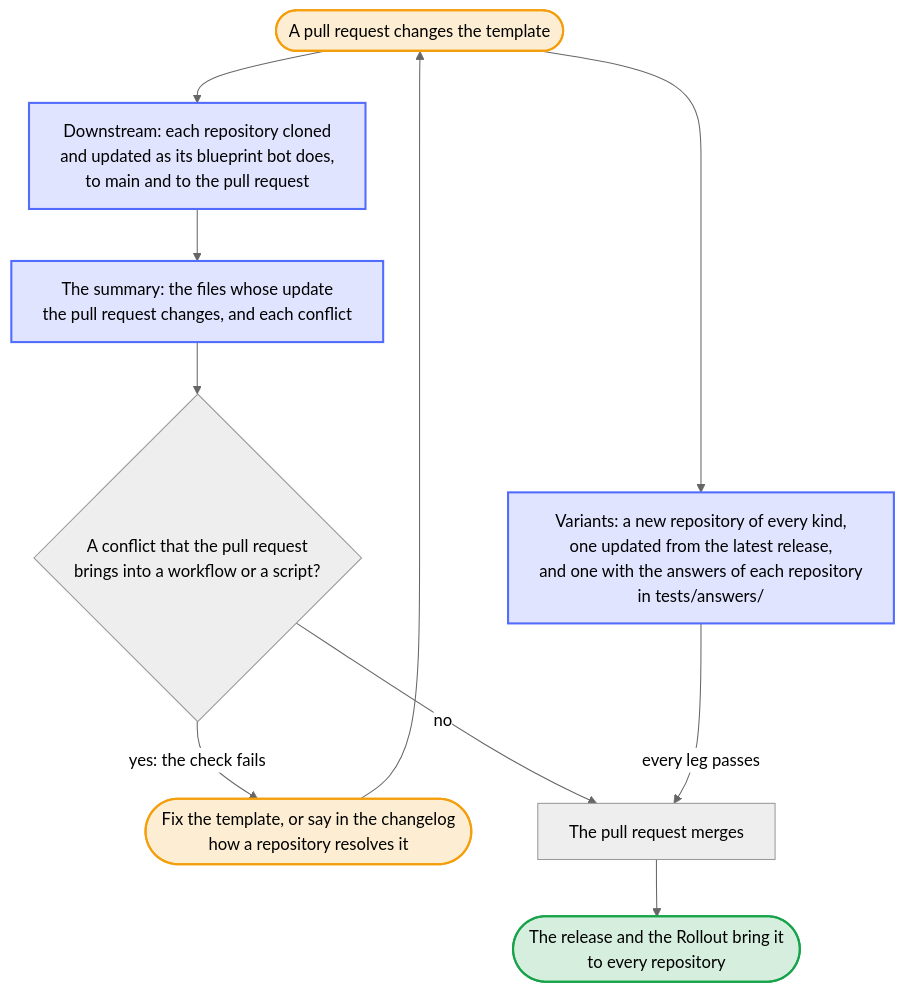
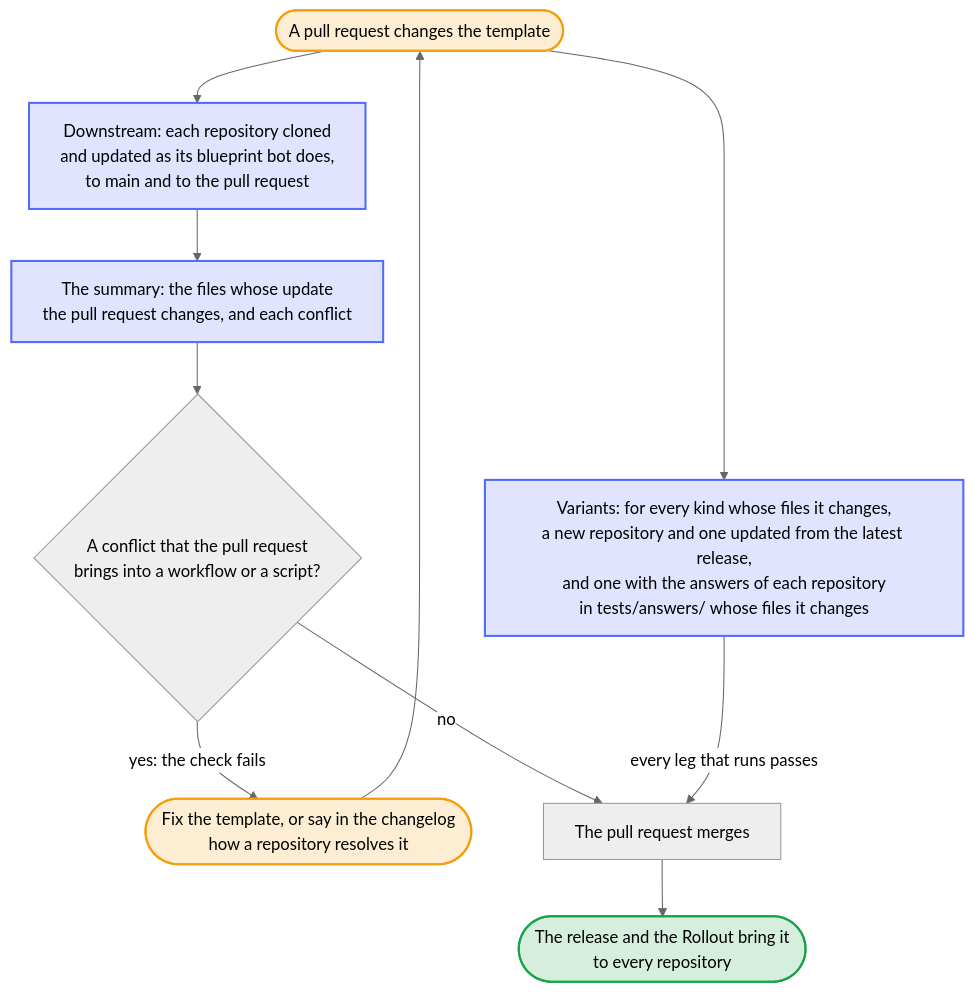
One commit to Dennis-Otto/repo-blueprint changed the diagram in docs/diagrams/how-a-change-of-the-template-meets-the-repositories.mmd. Above: the diagram before and after it, drawn with Mermaid (neutral theme). The commit also changed 45 other files, not shown here.

First line of the commit message:
ci: run only the Variants legs whose rendered project the pull request changes (#568)

```diff
--- a/docs/diagrams/how-a-change-of-the-template-meets-the-repositories.mmd
+++ b/docs/diagrams/how-a-change-of-the-template-meets-the-repositories.mmd
@@ -1,31 +1,31 @@
 ---
 config:
   flowchart:
     wrappingWidth: 400
 ---
 flowchart TB
     accTitle: How a change of the template meets the repositories before its release
-    accDescr: A pull request changes what the repositories get from the blueprint. The Variants workflow makes a new repository of every kind, updates one of every kind from the latest release, and updates one with the answers of each repository in tests/answers, which must give every file as a new repository with these answers has it and pass the build of its website and the lint of its workflows and Markdown. The Downstream workflow clones each repository and updates it as its blueprint bot does, to main and to the pull request, and names the files whose update the pull request changes and every conflict; a conflict that the pull request brings into a workflow or a script fails it. Then the pull request merges, and the release and the Rollout bring it to every repository.
+    accDescr: A pull request changes what the repositories get from the blueprint. The Variants workflow makes a new repository of every kind whose files the pull request changes, updates one of each from the latest release, and updates one with the answers of each repository in tests/answers whose files it changes, which must give every file as a new repository with these answers has it and pass the build of its website and the lint of its workflows and Markdown. The Downstream workflow clones each repository and updates it as its blueprint bot does, to main and to the pull request, and names the files whose update the pull request changes and every conflict; a conflict that the pull request brings into a workflow or a script fails it. Then the pull request merges, and the release and the Rollout bring it to every repository.
 
     change(["A pull request changes the template"])
-    variants["Variants: a new repository of every kind,<br>one updated from the latest release,<br>and one with the answers of each repository<br>in tests/answers/"]
+    variants["Variants: for every kind whose files it changes,<br>a new repository and one updated from the latest release,<br>and one with the answers of each repository<br>in tests/answers/ whose files it changes"]
     downstream["Downstream: each repository cloned<br>and updated as its blueprint bot does,<br>to main and to the pull request"]
     summary["The summary: the files whose update<br>the pull request changes, and each conflict"]
     conflict{"A conflict that the pull request<br>brings into a workflow or a script?"}
     fix(["Fix the template, or say in the changelog<br>how a repository resolves it"])
     merge["The pull request merges"]
     rollout(["The release and the Rollout bring it<br>to every repository"])
 
     change --> variants & downstream
     downstream --> summary --> conflict
     conflict -- "yes: the check fails" --> fix --> change
     conflict -- "no" --> merge
-    variants -- "every leg passes" --> merge
+    variants -- "every leg that runs passes" --> merge
     merge --> rollout
 
     classDef bot fill:#526cfe2e,stroke:#526cfe,stroke-width:2px
     classDef person fill:#f59e0b2e,stroke:#f59e0b,stroke-width:2px
     classDef result fill:#16a34a2e,stroke:#16a34a,stroke-width:2px
     class variants,downstream,summary bot
     class change,fix person
     class rollout result
```
